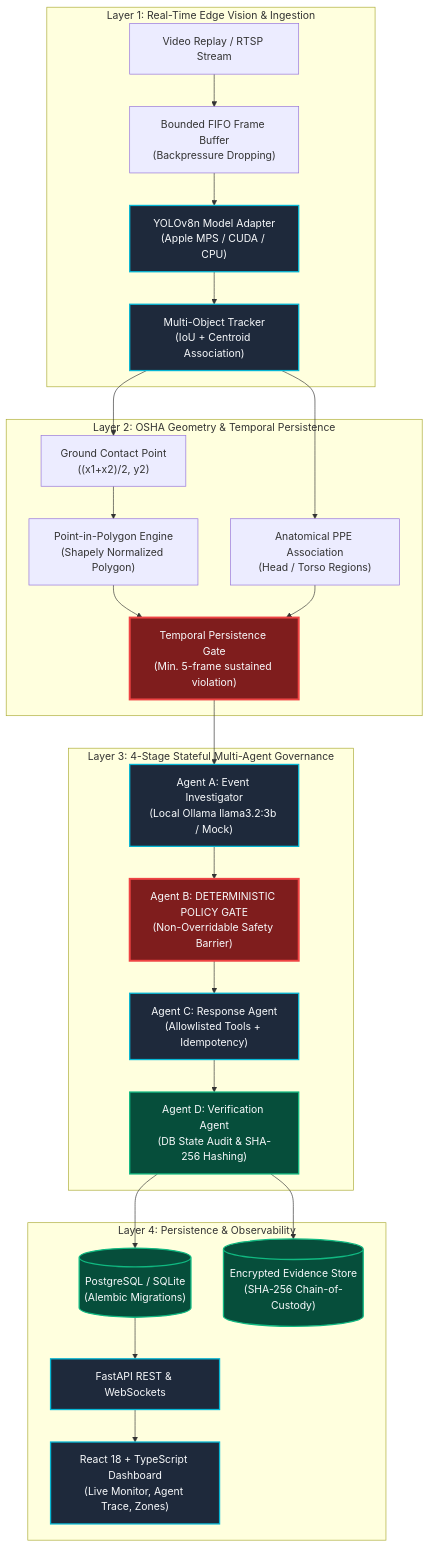
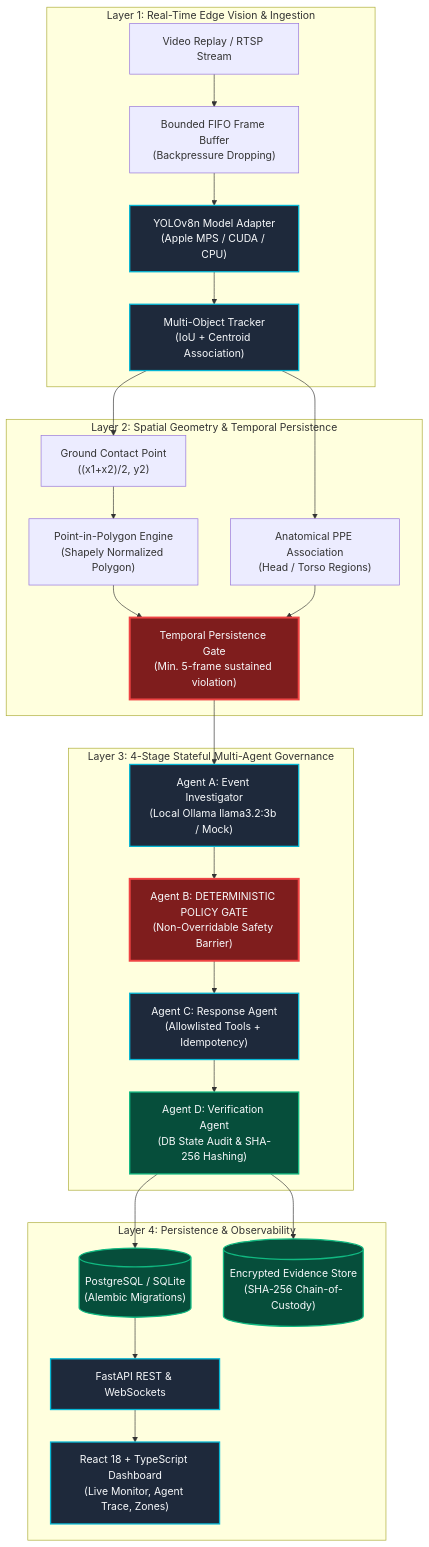
One commit to Livesh-L-28/AI_Agent_CV changed the diagram in README.md. Above: the diagram before and after it, drawn with Mermaid. The commit also changed other lines of this file and 121 other files, not shown here.

````diff
--- a/README.md
+++ b/README.md
@@ -18,36 +25,36 @@
 ```mermaid
 flowchart TD
     subgraph EdgeVision ["Layer 1: Real-Time Edge Vision & Ingestion"]
         Video["Video Replay / RTSP Stream"] --> Buffer["Bounded FIFO Frame Buffer<br/>(Backpressure Dropping)"]
         Buffer --> YOLO["YOLOv8n Model Adapter<br/>(Apple MPS / CUDA / CPU)"]
         YOLO --> Tracker["Multi-Object Tracker<br/>(IoU + Centroid Association)"]
     end
 
-    subgraph SpatialRules ["Layer 2: OSHA Geometry & Temporal Persistence"]
+    subgraph SpatialRules ["Layer 2: Spatial Geometry & Temporal Persistence"]
         Tracker --> GroundContact["Ground Contact Point<br/>((x1+x2)/2, y2)"]
         GroundContact --> ZoneCheck["Point-in-Polygon Engine<br/>(Shapely Normalized Polygon)"]
         Tracker --> PPECheck["Anatomical PPE Association<br/>(Head / Torso Regions)"]
         ZoneCheck & PPECheck --> Temporal["Temporal Persistence Gate<br/>(Min. 5-frame sustained violation)"]
     end
 
     subgraph MultiAgent ["Layer 3: 4-Stage Stateful Multi-Agent Governance"]
         Temporal --> StageA["Agent A: Event Investigator<br/>(Local Ollama llama3.2:3b / Mock)"]
         StageA --> StageB["Agent B: DETERMINISTIC POLICY GATE<br/>(Non-Overridable Safety Barrier)"]
         StageB --> StageC["Agent C: Response Agent<br/>(Allowlisted Tools + Idempotency)"]
         StageC --> StageD["Agent D: Verification Agent<br/>(DB State Audit & SHA-256 Hashing)"]
     end
 
     subgraph Presentation ["Layer 4: Persistence & Observability"]
         StageD --> DB[("PostgreSQL / SQLite<br/>(Alembic Migrations)")]
         StageD --> EvidenceStore[("Encrypted Evidence Store<br/>(SHA-256 Chain-of-Custody)")]
         DB --> REST["FastAPI REST & WebSockets"]
         REST --> UI["React 18 + TypeScript Dashboard<br/>(Live Monitor, Agent Trace, Zones)"]
     end
 
     classDef primary fill:#1e293b,stroke:#06b6d4,stroke-width:2px,color:#f8fafc;
     classDef gate fill:#7f1d1d,stroke:#ef4444,stroke-width:3px,color:#f8fafc;
     classDef success fill:#064e3b,stroke:#10b981,stroke-width:2px,color:#f8fafc;
     class YOLO,Tracker,StageA,StageC,REST,UI primary;
     class StageB,Temporal gate;
     class StageD,DB,EvidenceStore success;
 ```
````
